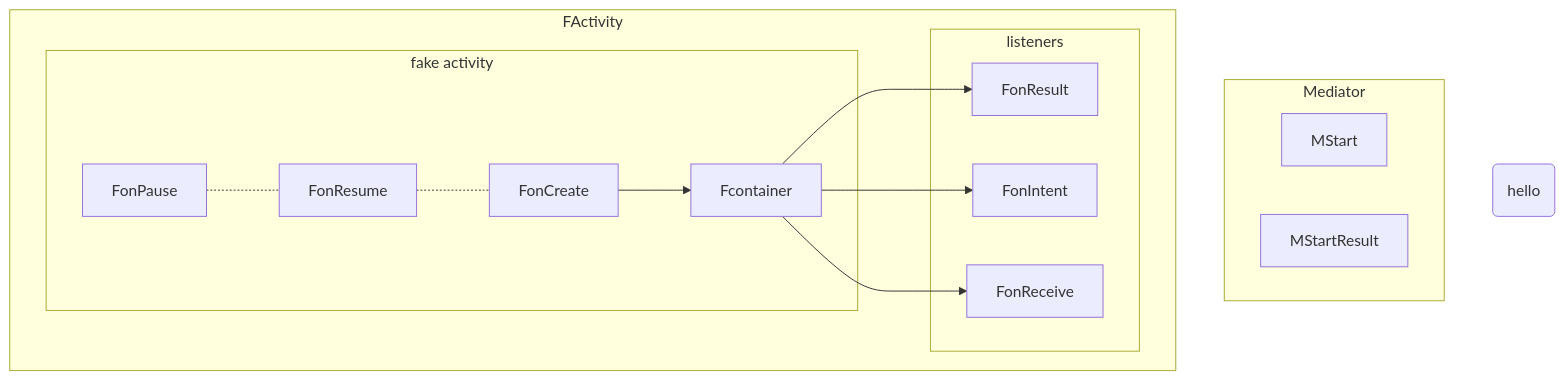
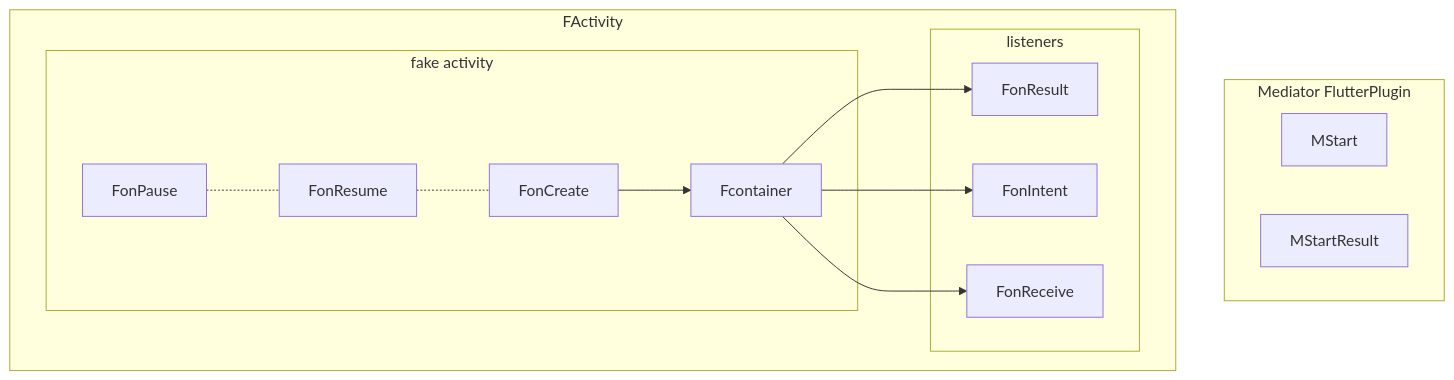
One commit to gordianknotC/nxp_note changed the diagram in flutter/addActivityResultListener.md. Above: the diagram before and after it, drawn with Mermaid. The commit also changed other lines of this file, not shown here.

Commit message:
flutter/addActivityResultListener.md updated from https://stackedit.io/

````diff
--- a/flutter/addActivityResultListener.md
+++ b/flutter/addActivityResultListener.md
@@ -11,33 +11,34 @@
 ```mermaid
 graph TB
-	S(hello)
-	subgraph Mediator
+	
+	subgraph Mediator FlutterPlugin
 		MStart
 		MStartResult
 	end
+	
 	subgraph FActivity
 		FonCreate
 		FonPause 
 		FonResume 
 		FonResult 
 		FonIntent 
 		FonReceive 
 		
 		subgraph fake activity
 			FonPause -.- FonResume
 			FonResume -.- FonCreate
 			FonCreate --> Fcontainer
 		end
 		
 		subgraph listeners
 			Fcontainer --> FonIntent
 			Fcontainer --> FonResult
 			Fcontainer --> FonReceive
 		end
 		
 		
 		
 	end
 
 
 ```
````
